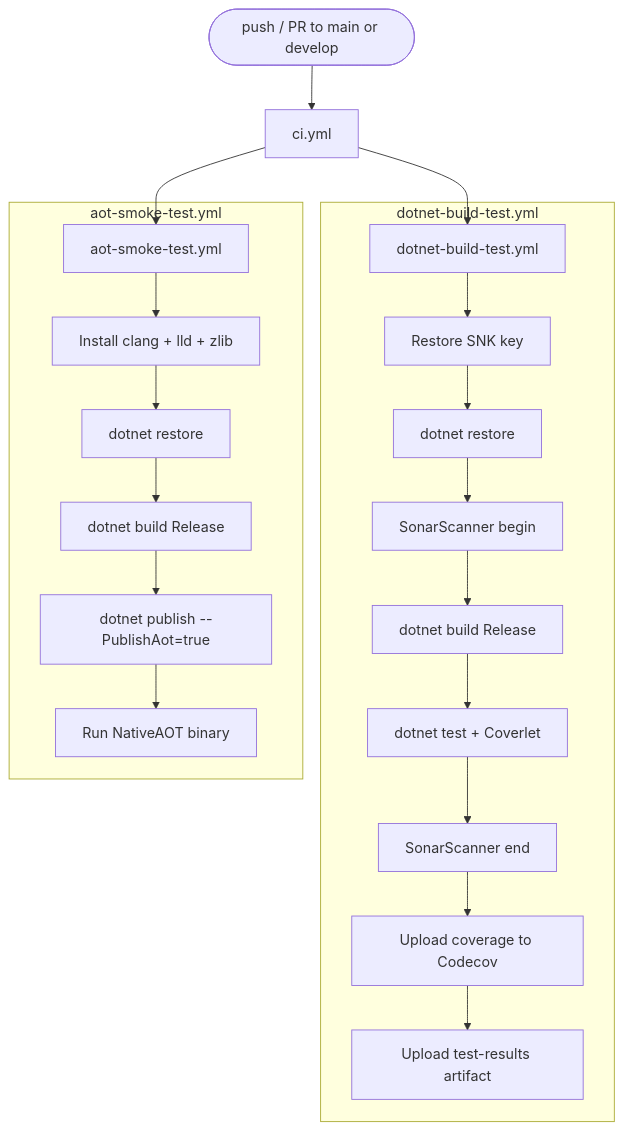
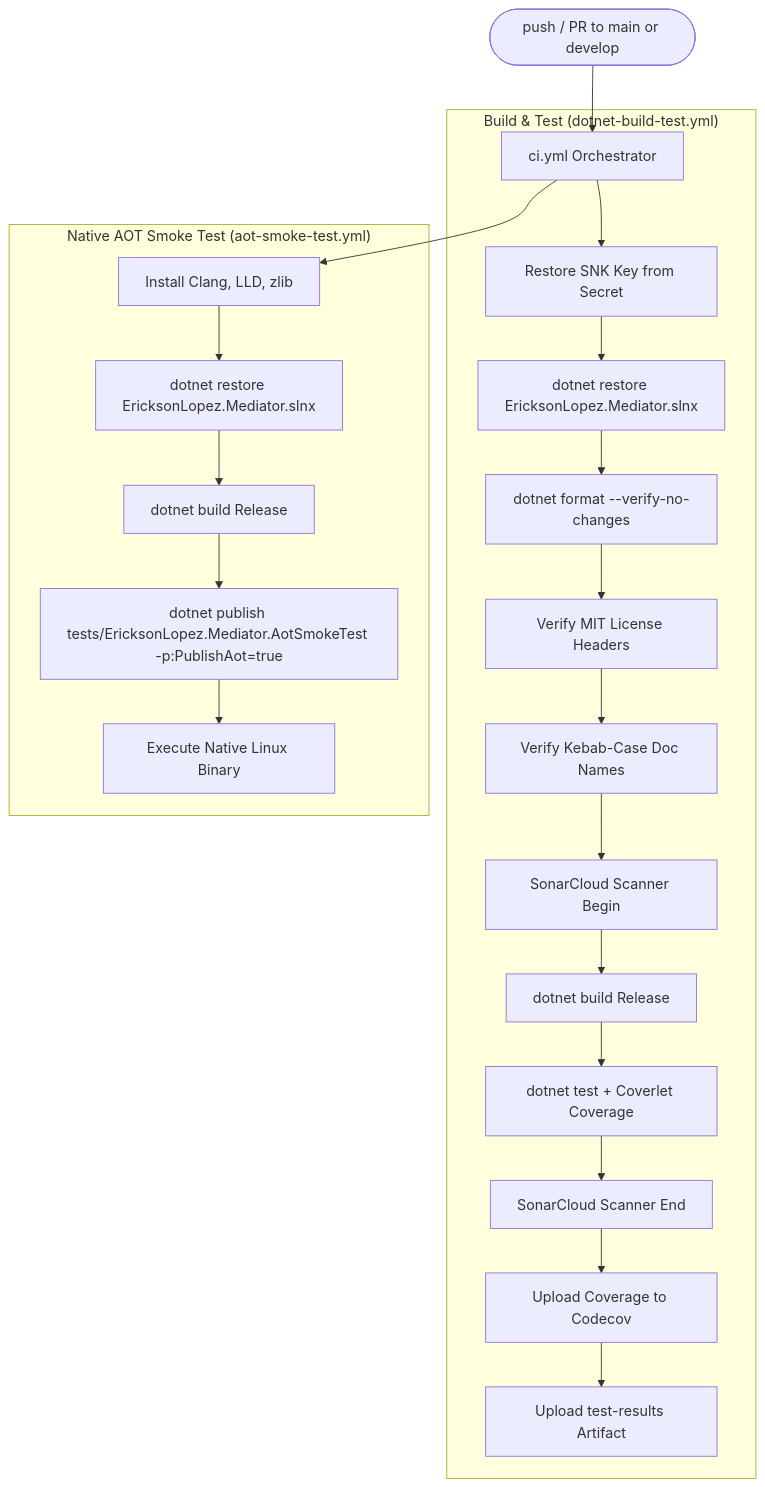
The first of 2 diagrams in docs/ci-cd-pipelines.md (ericksonlopezf/dotnet-mediator), drawn with Mermaid before and after one commit. The commit also changed other lines of this file and 216 other files, not shown here.

````diff
--- a/docs/ci-cd-pipelines.md
+++ b/docs/ci-cd-pipelines.md
@@ -30,26 +28,26 @@
 ```mermaid
 flowchart TD
-    A([push / PR to main or develop]) --> B[ci.yml]
+    Trigger([push / PR to main or develop]) --> CI[ci.yml Orchestrator]
 
-    B --> C[dotnet-build-test.yml]
-    B --> D[aot-smoke-test.yml]
-
-    subgraph dotnet-build-test.yml
-        C --> C1[Restore SNK key]
-        C1 --> C2[dotnet restore]
-        C2 --> C3[SonarScanner begin]
-        C3 --> C4[dotnet build Release]
-        C4 --> C5[dotnet test + Coverlet]
-        C5 --> C6[SonarScanner end]
-        C6 --> C7[Upload coverage to Codecov]
-        C7 --> C8[Upload test-results artifact]
+    subgraph BuildAndTestJob["Build & Test (dotnet-build-test.yml)"]
+        CI --> RestoreSNK[Restore SNK Key from Secret]
+        RestoreSNK --> DotnetRestore[dotnet restore EricksonLopez.Mediator.slnx]
+        DotnetRestore --> FormatCheck[dotnet format --verify-no-changes]
+        FormatCheck --> LicenseCheck[Verify MIT License Headers]
+        LicenseCheck --> DocNamingCheck[Verify Kebab-Case Doc Names]
+        DocNamingCheck --> SonarBegin[SonarCloud Scanner Begin]
+        SonarBegin --> BuildRelease[dotnet build Release]
+        BuildRelease --> TestCoverlet[dotnet test + Coverlet Coverage]
+        TestCoverlet --> SonarEnd[SonarCloud Scanner End]
+        SonarEnd --> UploadCodecov[Upload Coverage to Codecov]
+        UploadCodecov --> UploadTestResults[Upload test-results Artifact]
     end
 
-    subgraph aot-smoke-test.yml
-        D --> D1[Install clang + lld + zlib]
-        D1 --> D2[dotnet restore]
-        D2 --> D3[dotnet build Release]
-        D3 --> D4[dotnet publish --PublishAot=true]
-        D4 --> D5[Run NativeAOT binary]
+    subgraph AotSmokeTestJob["Native AOT Smoke Test (aot-smoke-test.yml)"]
+        CI --> InstallToolchain[Install Clang, LLD, zlib]
+        InstallToolchain --> AotRestore[dotnet restore EricksonLopez.Mediator.slnx]
+        AotRestore --> AotBuild[dotnet build Release]
+        AotBuild --> AotPublish[dotnet publish tests/EricksonLopez.Mediator.AotSmokeTest -p:PublishAot=true]
+        AotPublish --> RunBinary[Execute Native Linux Binary]
     end
 ```
````
